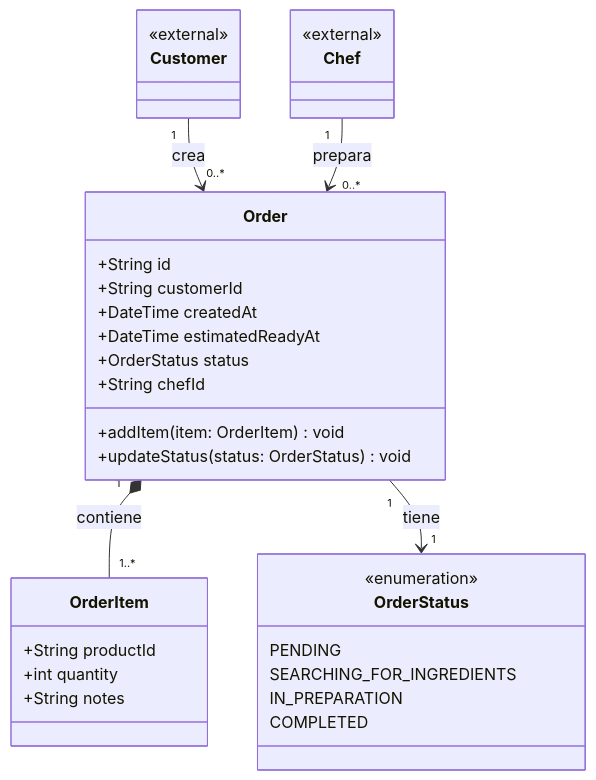
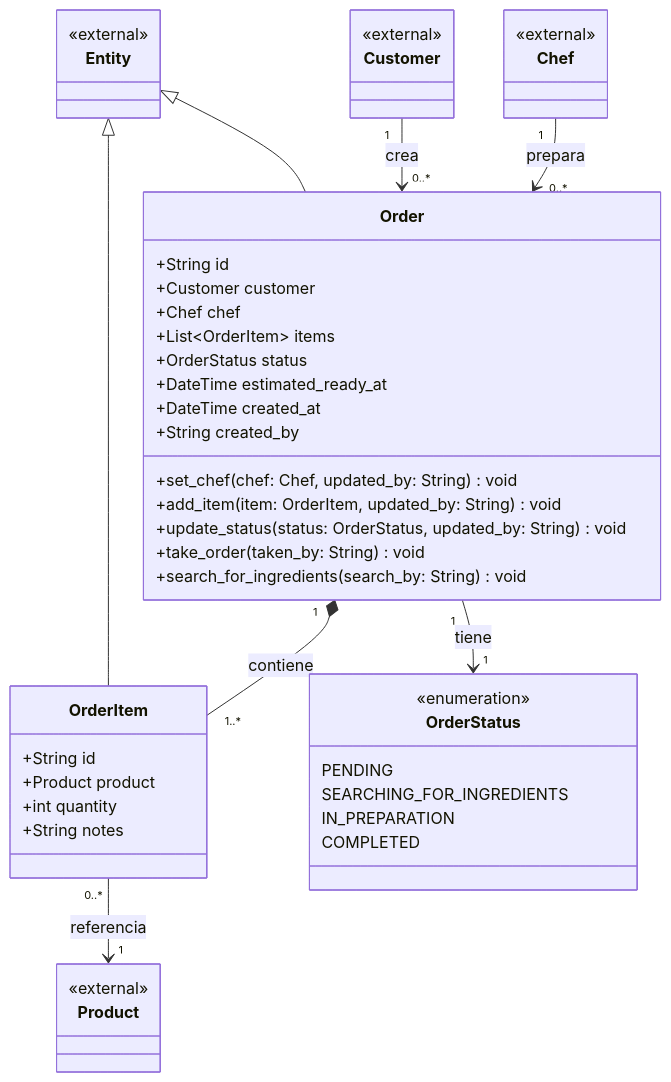
The diagram in src/entities/order/diagram.md (alexander9306/Kitchen-Simulator), drawn with Mermaid before and after one commit. The commit also changed other lines of this file and 5 other files, not shown here.

Commit message:
adding diagrams

````diff
--- a/src/entities/order/diagram.md
+++ b/src/entities/order/diagram.md
@@ -3,40 +6,54 @@
 ```mermaid
 classDiagram
     class Order {
         +String id
-        +String customerId
-        +DateTime createdAt
-        +DateTime estimatedReadyAt
+        +Customer customer
+        +Chef chef
+        +List~OrderItem~ items
         +OrderStatus status
-        +String chefId
-        +addItem(item: OrderItem) void
-        +updateStatus(status: OrderStatus) void
+        +DateTime estimated_ready_at
+        +DateTime created_at
+        +String created_by
+        +set_chef(chef: Chef, updated_by: String) void
+        +add_item(item: OrderItem, updated_by: String) void
+        +update_status(status: OrderStatus, updated_by: String) void
+        +take_order(taken_by: String) void
+        +search_for_ingredients(search_by: String) void
     }
 
     class OrderItem {
-        +String productId
+        +String id
+        +Product product
         +int quantity
         +String notes
     }
 
     class OrderStatus {
         <<enumeration>>
         PENDING
         SEARCHING_FOR_INGREDIENTS
         IN_PREPARATION
         COMPLETED
     }
 
+    class Entity {
+        <<external>>
+    }
     class Customer {
         <<external>>
     }
-
     class Chef {
         <<external>>
     }
+    class Product {
+        <<external>>
+    }
 
+    Entity <|-- Order
+    Entity <|-- OrderItem
     Order "1" *-- "1..*" OrderItem : contiene
     Order "1" --> "1" OrderStatus : tiene
+    OrderItem "0..*" --> "1" Product : referencia
     Customer "1" --> "0..*" Order : crea
     Chef "1" --> "0..*" Order : prepara
 ```
````
